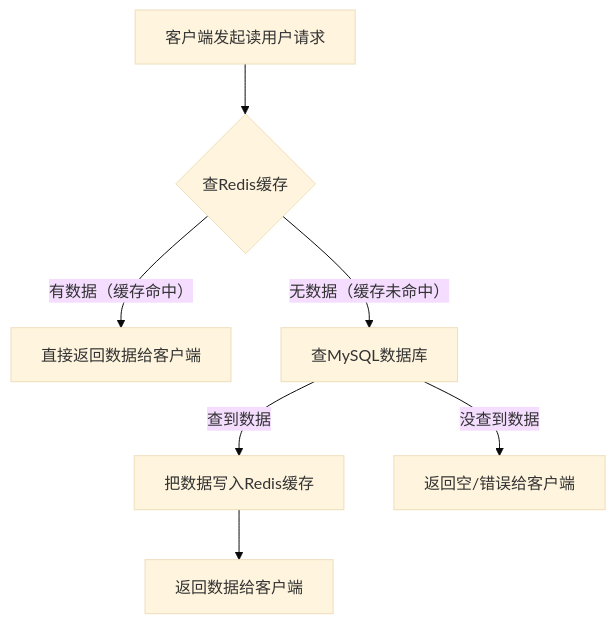
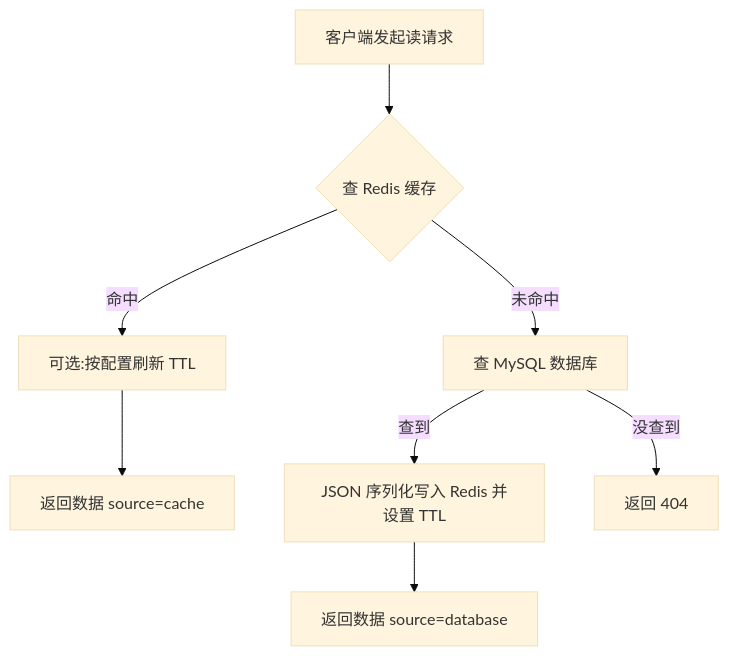
The first of 3 diagrams in README.md (Super-Gagaga/AbstractManager), drawn with Mermaid (base theme) before and after one commit. The commit also changed other lines of this file, not shown here.

````diff
--- a/README.md
+++ b/README.md
@@ -112,9 +61,8 @@
 ```mermaid
 flowchart TD
-    A[客户端发起读用户请求] --> B{查Redis缓存}
-    B -- 有数据（缓存命中） --> C[直接返回数据给客户端]
-    B -- 无数据（缓存未命中） --> D[查MySQL数据库]
-    D -- 查到数据 --> E[把数据写入Redis缓存]
-    E --> F[返回数据给客户端]
-    D -- 没查到数据 --> G[返回空/错误给客户端]
+    A[客户端发起读请求] --> B{查 Redis 缓存}
+    B -- 命中 --> C[可选:按配置刷新 TTL] --> D[返回数据 source=cache]
+    B -- 未命中 --> E[查 MySQL 数据库]
+    E -- 查到 --> F[JSON 序列化写入 Redis 并设置 TTL] --> G[返回数据 source=database]
+    E -- 没查到 --> H[返回 404]
 ```
````
